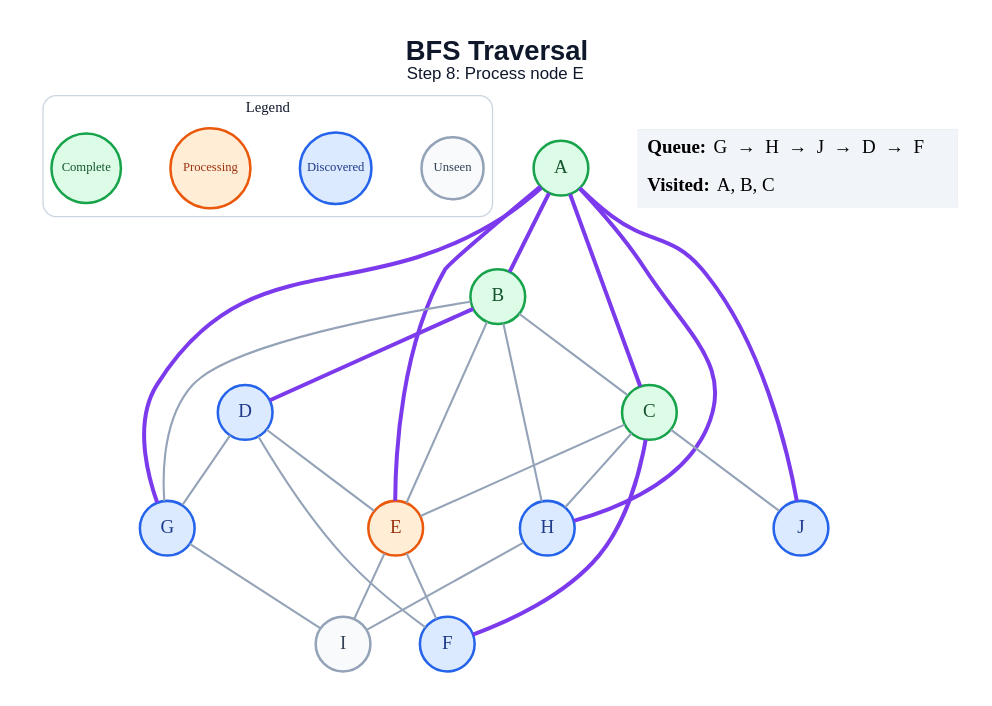
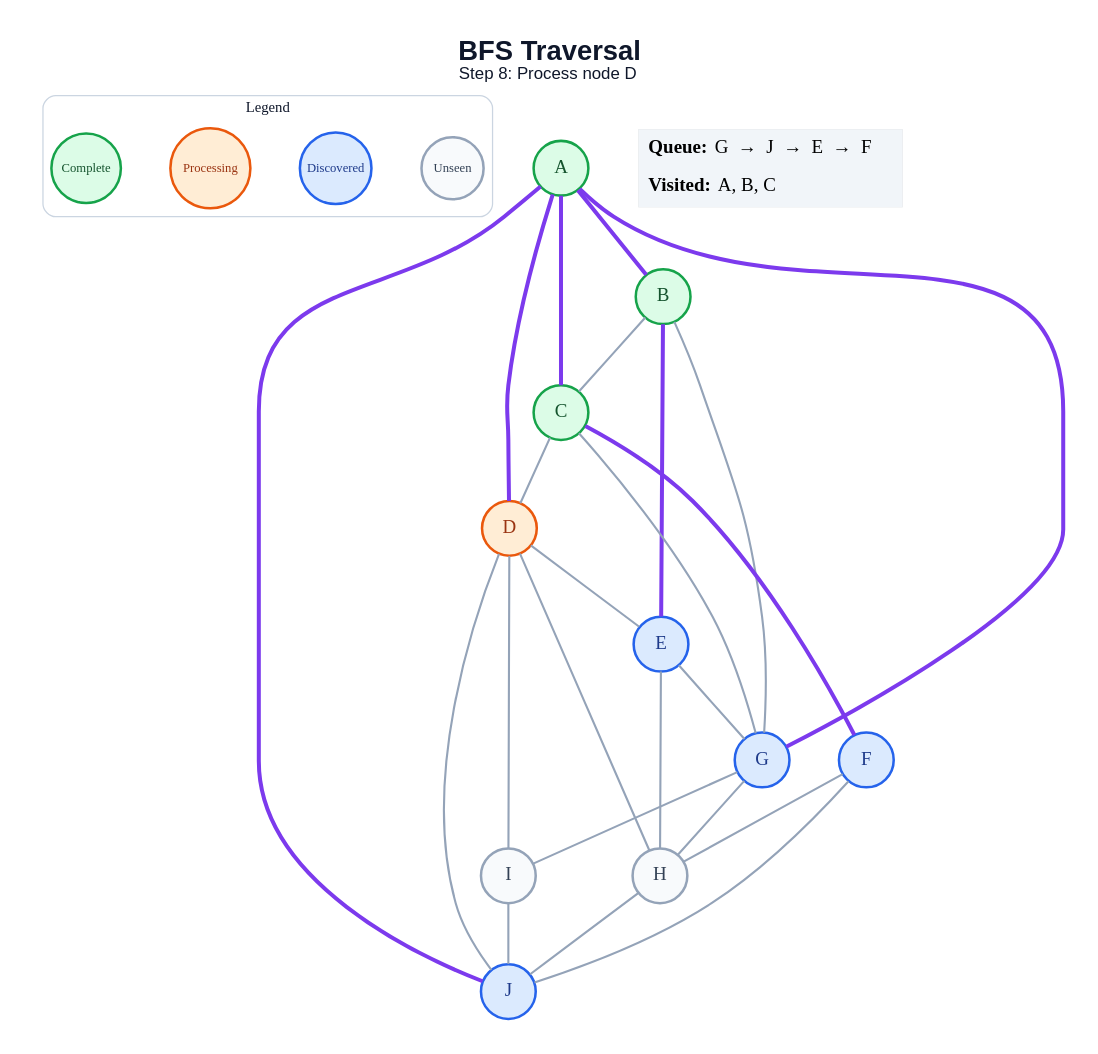
Before and after one commit to anon7238593-create/ai-slop: the diagram in generated/bfs/step_08.dot, drawn with Graphviz. The commit also changed 178 other files, not shown here.

```diff
--- a/generated/bfs/step_08.dot
+++ b/generated/bfs/step_08.dot
@@ -1,51 +1,52 @@
 graph traversal {
   graph [layout=dot, rankdir=TB, bgcolor="#FFFFFF", pad="0.35", nodesep="0.65", ranksep="0.8", fontname="Arial"];
   node [shape=circle, style="filled", fontname="Arial Bold", fontsize=18, width=0.72, fixedsize=true, penwidth=2.4];
   edge [color="#94A3B8", penwidth=2.0];
-  label=<<B>BFS Traversal</B><BR/><FONT POINT-SIZE="16">Step 8: Process node E</FONT>>; labelloc="t"; fontsize=26; fontname="Arial"; fontcolor="#0F172A";
+  label=<<B>BFS Traversal</B><BR/><FONT POINT-SIZE="16">Step 8: Process node D</FONT>>; labelloc="t"; fontsize=26; fontname="Arial"; fontcolor="#0F172A";
   subgraph cluster_legend { label="Legend"; color="#CBD5E1"; penwidth=1.2; style="rounded"; fontsize=14; fontname="Arial Bold";
     key_unseen [label="Unseen", fillcolor="#F8FAFC", color="#94A3B8", fontcolor="#334155", fontsize=12, width=0.82];
     key_frontier [label="Discovered", fillcolor="#DBEAFE", color="#2563EB", fontcolor="#1E3A8A", fontsize=12, width=0.95];
     key_current [label="Processing", fillcolor="#FFEDD5", color="#EA580C", fontcolor="#9A3412", fontsize=12, width=1.05];
     key_done [label="Complete", fillcolor="#DCFCE7", color="#16A34A", fontcolor="#14532D", fontsize=12, width=0.92];
     { rank=same; key_unseen; key_frontier; key_current; key_done; }
   }
   A [fillcolor="#DCFCE7", color="#16A34A", fontcolor="#14532D"];
   B [fillcolor="#DCFCE7", color="#16A34A", fontcolor="#14532D"];
   C [fillcolor="#DCFCE7", color="#16A34A", fontcolor="#14532D"];
-  D [fillcolor="#DBEAFE", color="#2563EB", fontcolor="#1E3A8A"];
-  E [fillcolor="#FFEDD5", color="#EA580C", fontcolor="#9A3412"];
+  D [fillcolor="#FFEDD5", color="#EA580C", fontcolor="#9A3412"];
+  E [fillcolor="#DBEAFE", color="#2563EB", fontcolor="#1E3A8A"];
   F [fillcolor="#DBEAFE", color="#2563EB", fontcolor="#1E3A8A"];
   G [fillcolor="#DBEAFE", color="#2563EB", fontcolor="#1E3A8A"];
-  H [fillcolor="#DBEAFE", color="#2563EB", fontcolor="#1E3A8A"];
+  H [fillcolor="#F8FAFC", color="#94A3B8", fontcolor="#334155"];
   I [fillcolor="#F8FAFC", color="#94A3B8", fontcolor="#334155"];
   J [fillcolor="#DBEAFE", color="#2563EB", fontcolor="#1E3A8A"];
   A -- B [color="#7C3AED", penwidth=3.8];
   A -- C [color="#7C3AED", penwidth=3.8];
-  A -- E [color="#7C3AED", penwidth=3.8];
+  A -- D [color="#7C3AED", penwidth=3.8];
   A -- G [color="#7C3AED", penwidth=3.8];
-  A -- H [color="#7C3AED", penwidth=3.8];
   A -- J [color="#7C3AED", penwidth=3.8];
   B -- C;
-  B -- D [color="#7C3AED", penwidth=3.8];
-  B -- E;
+  B -- E [color="#7C3AED", penwidth=3.8];
   B -- G;
-  B -- H;
-  C -- E;
+  C -- D;
   C -- F [color="#7C3AED", penwidth=3.8];
-  C -- H;
-  C -- J;
+  C -- G;
   D -- E;
-  D -- F;
-  D -- G;
-  E -- F;
-  E -- I;
+  D -- H;
+  D -- I;
+  D -- J;
+  E -- G;
+  E -- H;
+  F -- H;
+  F -- J;
+  G -- H;
   G -- I;
-  H -- I;
+  H -- J;
+  I -- J;
   status [shape=plain, fixedsize=false, width=0, height=0, margin=0, label=<
     <TABLE BORDER="0" CELLBORDER="0" CELLPADDING="7" BGCOLOR="#F1F5F9">
-      <TR><TD ALIGN="LEFT"><B>Queue:</B> G  →  H  →  J  →  D  →  F</TD></TR>
+      <TR><TD ALIGN="LEFT"><B>Queue:</B> G  →  J  →  E  →  F</TD></TR>
       <TR><TD ALIGN="LEFT"><B>Visited:</B> A, B, C</TD></TR>
     </TABLE>
   >];
 }
```
